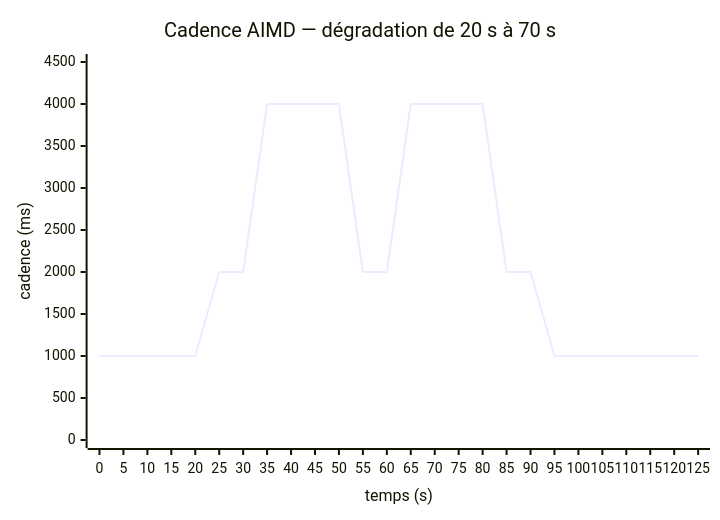
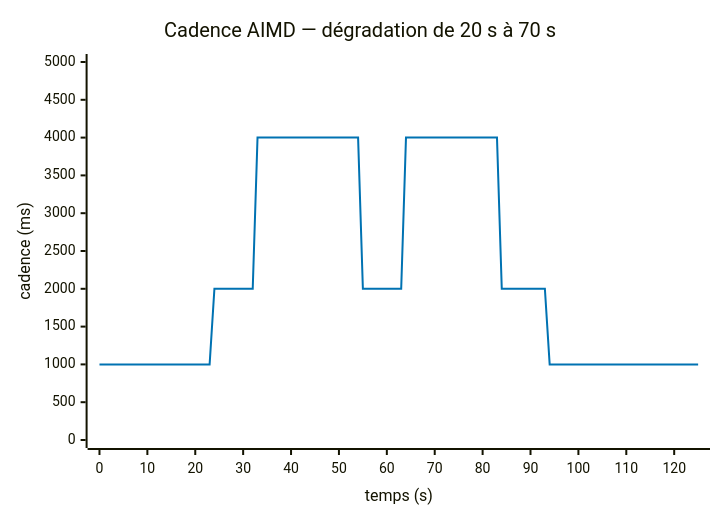
One commit to nodefony/nodefony-core changed the fourth of 8 diagrams in src/packages/@nodefony/realtime/docs/cadence-et-contre-pression.md. Above: the diagram before and after it, drawn with Mermaid. The commit also changed other lines of this file and 2 other files, not shown here.

````diff
--- a/src/packages/@nodefony/realtime/docs/cadence-et-contre-pression.md
+++ b/src/packages/@nodefony/realtime/docs/cadence-et-contre-pression.md
@@ -339,7 +358,8 @@
 ```mermaid
+%%{init: {"themeVariables": {"xyChart": {"plotColorPalette": "#0072B2, #D55E00"}}}}%%
 xychart-beta
   title "Cadence AIMD — dégradation de 20 s à 70 s"
-  x-axis "temps (s)" [0, 5, 10, 15, 20, 25, 30, 35, 40, 45, 50, 55, 60, 65, 70, 75, 80, 85, 90, 95, 100, 105, 110, 115, 120, 125]
-  y-axis "cadence (ms)" 0 --> 4500
-  line [1000, 1000, 1000, 1000, 1000, 2000, 2000, 4000, 4000, 4000, 4000, 2000, 2000, 4000, 4000, 4000, 4000, 2000, 2000, 1000, 1000, 1000, 1000, 1000, 1000, 1000]
+  x-axis "temps (s)" 0 --> 125
+  y-axis "cadence (ms)" 0 --> 5000
+  line [1000, 1000, 1000, 1000, 1000, 1000, 1000, 1000, 1000, 1000, 1000, 1000, 1000, 1000, 1000, 1000, 1000, 1000, 1000, 1000, 1000, 1000, 1000, 1000, 2000, 2000, 2000, 2000, 2000, 2000, 2000, 2000, 2000, 4000, 4000, 4000, 4000, 4000, 4000, 4000, 4000, 4000, 4000, 4000, 4000, 4000, 4000, 4000, 4000, 4000, 4000, 4000, 4000, 4000, 4000, 2000, 2000, 2000, 2000, 2000, 2000, 2000, 2000, 2000, 4000, 4000, 4000, 4000, 4000, 4000, 4000, 4000, 4000, 4000, 4000, 4000, 4000, 4000, 4000, 4000, 4000, 4000, 4000, 4000, 2000, 2000, 2000, 2000, 2000, 2000, 2000, 2000, 2000, 2000, 1000, 1000, 1000, 1000, 1000, 1000, 1000, 1000, 1000, 1000, 1000, 1000, 1000, 1000, 1000, 1000, 1000, 1000, 1000, 1000, 1000, 1000, 1000, 1000, 1000, 1000, 1000, 1000, 1000, 1000, 1000, 1000]
 ```
````
